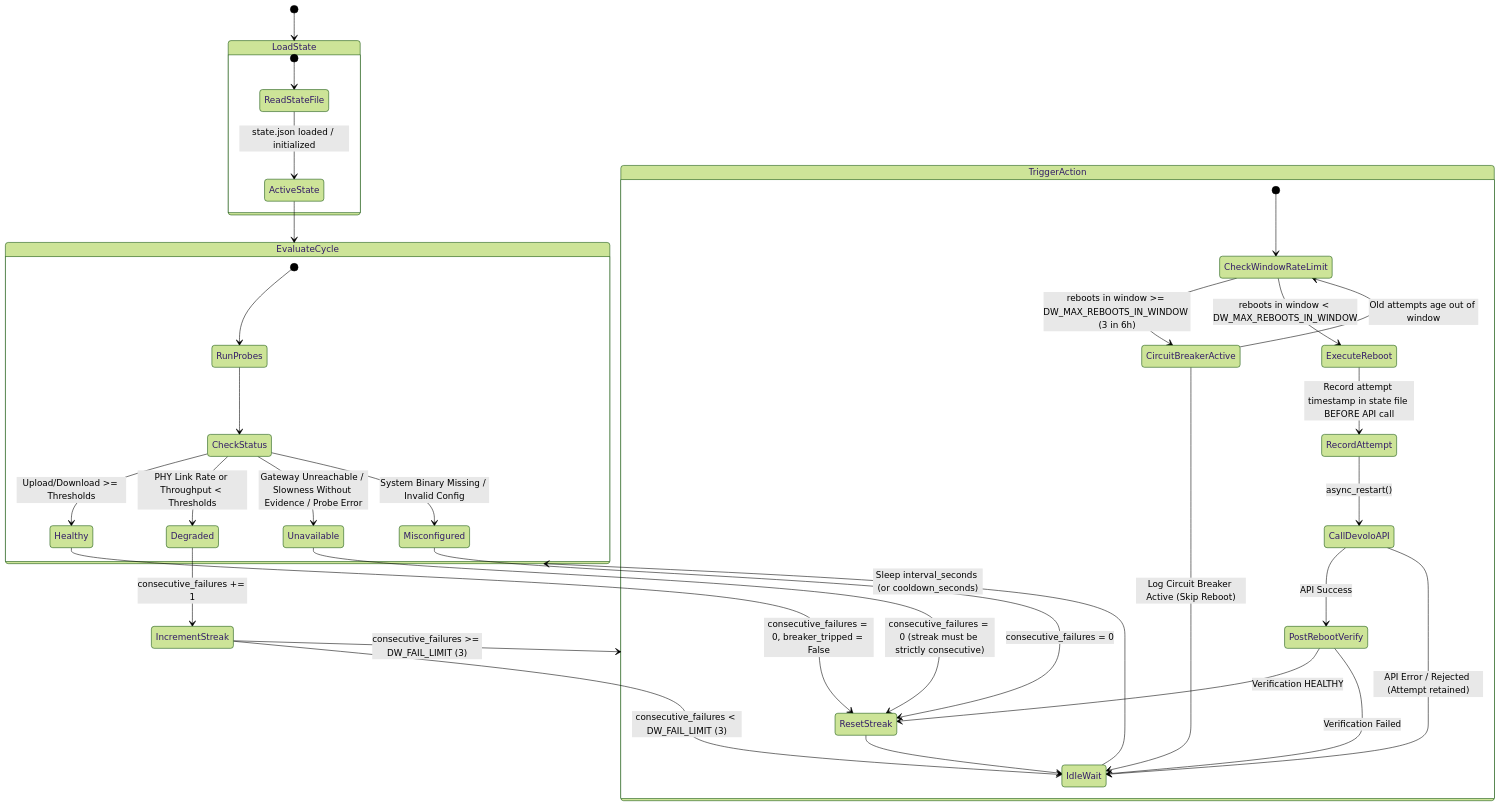
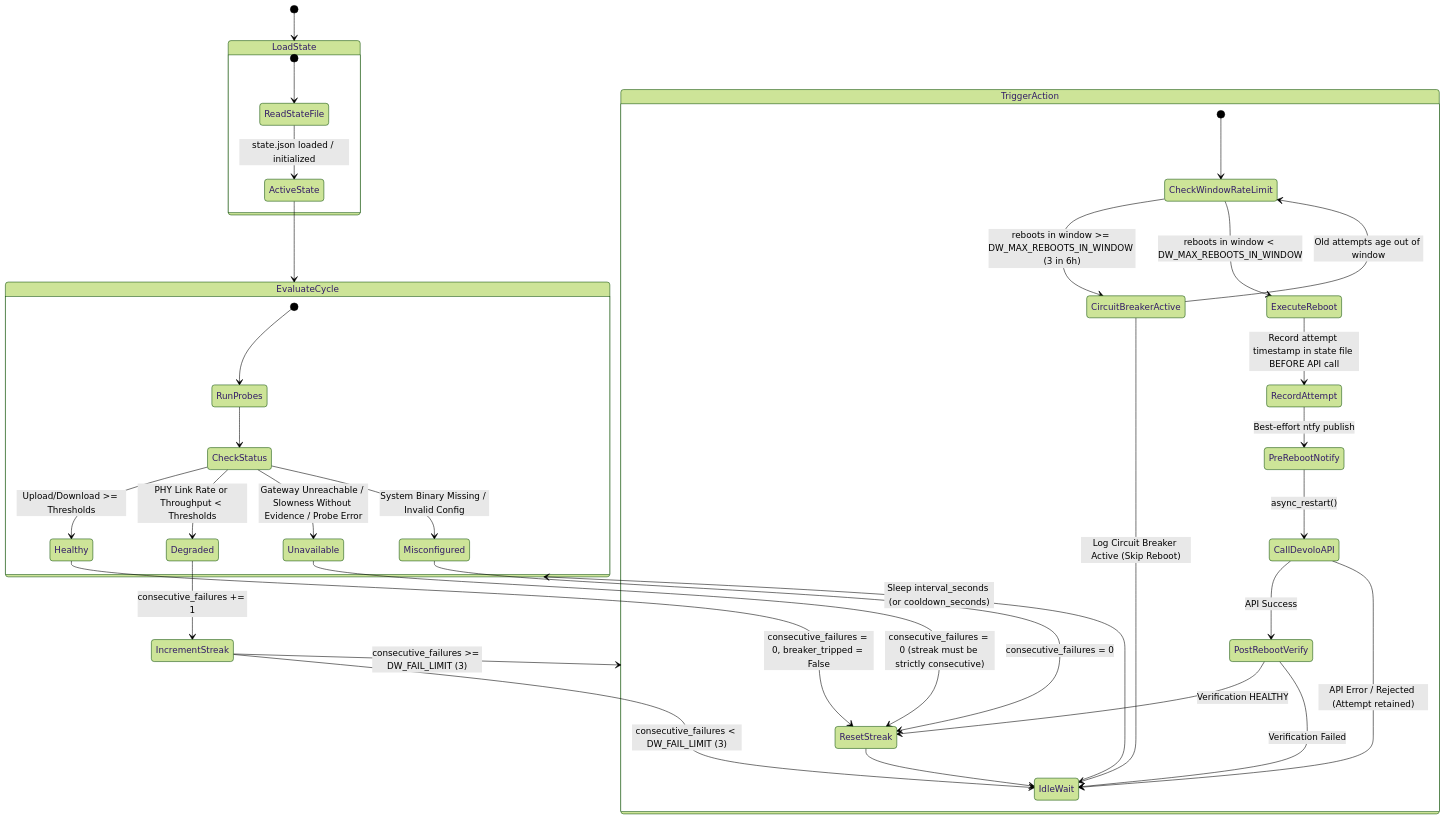
One commit to valentinsviridov/devolo-throughput-watchdog changed the third of 3 diagrams in README.md. Above: the diagram before and after it, drawn with Mermaid (forest theme). The commit also changed other lines of this file and 17 other files, not shown here.

Commit message:
feat: add ntfy integration to send notifications in case of network degradation / devolo restart

````diff
--- a/README.md
+++ b/README.md
@@ -99,45 +102,46 @@
 ```mermaid
 stateDiagram-v2
     [*] --> LoadState
 
     state LoadState {
         [*] --> ReadStateFile
         ReadStateFile --> ActiveState: state.json loaded / initialized
     }
 
     ActiveState --> EvaluateCycle
 
     state EvaluateCycle {
         [*] --> RunProbes
         RunProbes --> CheckStatus
         CheckStatus --> Healthy: Upload/Download >= Thresholds
         CheckStatus --> Degraded: PHY Link Rate or Throughput < Thresholds
         CheckStatus --> Unavailable: Gateway Unreachable / Slowness Without Evidence / Probe Error
         CheckStatus --> Misconfigured: System Binary Missing / Invalid Config
     }
 
     Healthy --> ResetStreak: consecutive_failures = 0, breaker_tripped = False
     Unavailable --> ResetStreak: consecutive_failures = 0 (streak must be strictly consecutive)
     Misconfigured --> ResetStreak: consecutive_failures = 0
 
     Degraded --> IncrementStreak: consecutive_failures += 1
     IncrementStreak --> IdleWait: consecutive_failures < DW_FAIL_LIMIT (3)
     IncrementStreak --> TriggerAction: consecutive_failures >= DW_FAIL_LIMIT (3)
 
     state TriggerAction {
         [*] --> CheckWindowRateLimit
         CheckWindowRateLimit --> CircuitBreakerActive: reboots in window >= DW_MAX_REBOOTS_IN_WINDOW (3 in 6h)
         CheckWindowRateLimit --> ExecuteReboot: reboots in window < DW_MAX_REBOOTS_IN_WINDOW
         CircuitBreakerActive --> IdleWait: Log Circuit Breaker Active (Skip Reboot)
         CircuitBreakerActive --> CheckWindowRateLimit: Old attempts age out of window
         ExecuteReboot --> RecordAttempt: Record attempt timestamp in state file BEFORE API call
-        RecordAttempt --> CallDevoloAPI: async_restart()
+        RecordAttempt --> PreRebootNotify: Best-effort ntfy publish
+        PreRebootNotify --> CallDevoloAPI: async_restart()
         CallDevoloAPI --> PostRebootVerify: API Success
         PostRebootVerify --> ResetStreak: Verification HEALTHY
         PostRebootVerify --> IdleWait: Verification Failed
         CallDevoloAPI --> IdleWait: API Error / Rejected (Attempt retained)
     }
 
     ResetStreak --> IdleWait
     IdleWait --> EvaluateCycle: Sleep interval_seconds (or cooldown_seconds)
 ```
````
